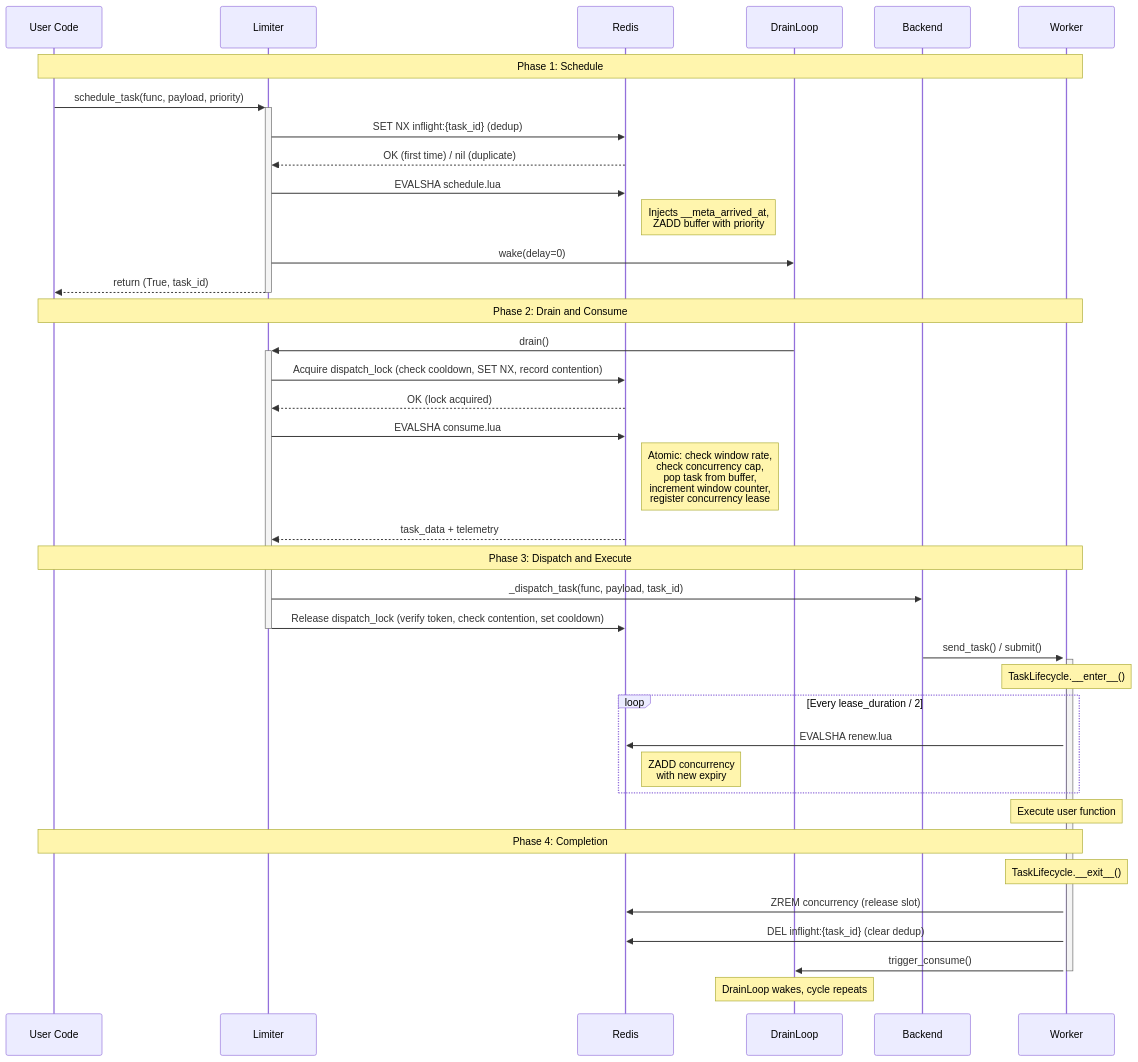
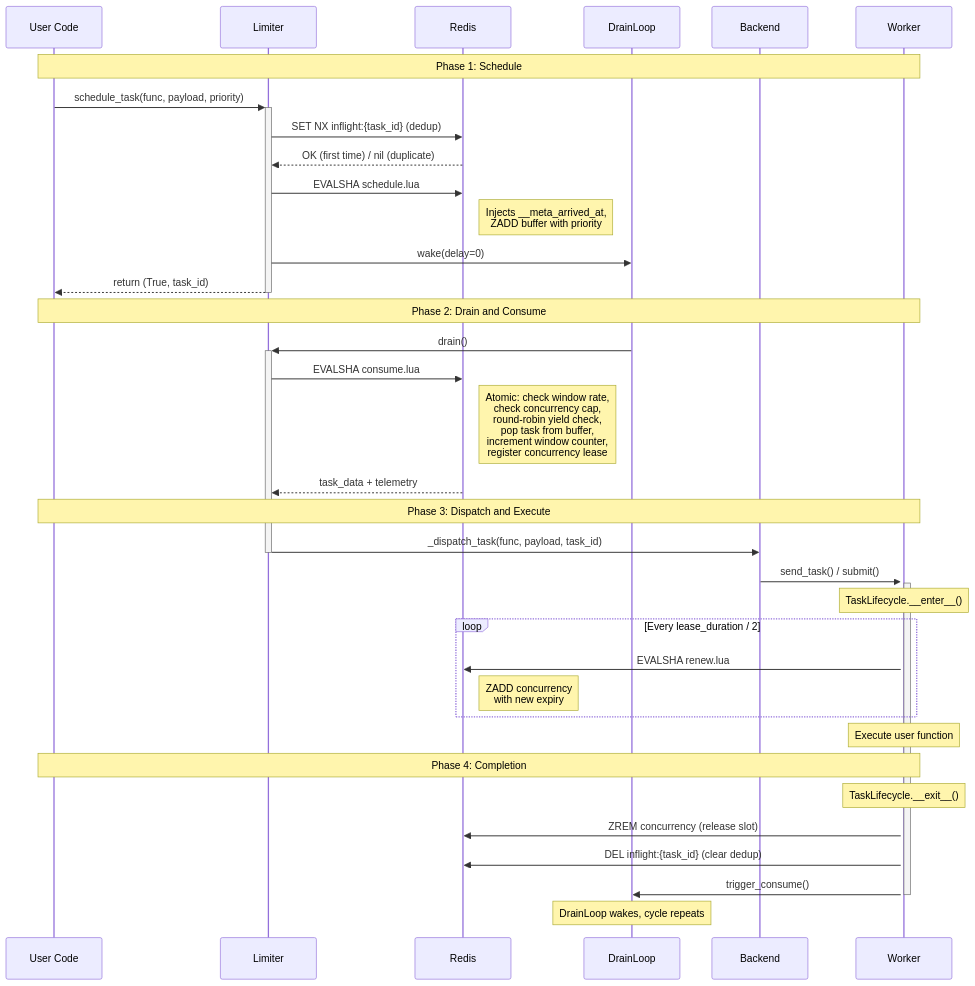
Before and after one commit to melroy999/redis-rate-limiter: the first of 2 diagrams in docs/architecture/task-lifecycle.md, drawn with Mermaid. The commit also changed other lines of this file and 34 other files, not shown here.

Commit message:
[/performance-testing] Removed the execution lock and added a round-robin fairness approach.

````diff
--- a/docs/architecture/task-lifecycle.md
+++ b/docs/architecture/task-lifecycle.md
@@ -13,60 +13,57 @@
 ```mermaid
 %%{init: {"theme": "default", "themeVariables": {"lineColor": "#6e7781"}}}%%
 sequenceDiagram
     participant U as User Code
     participant L as Limiter
     participant R as Redis
     participant D as DrainLoop
     participant B as Backend
     participant W as Worker
 
     note over U,W: Phase 1: Schedule
 
     U->>+L: schedule_task(func, payload, priority)
     L->>R: SET NX inflight:{task_id} (dedup)
     R-->>L: OK (first time) / nil (duplicate)
 
     L->>R: EVALSHA schedule.lua
     note right of R: Injects __meta_arrived_at,<br>ZADD buffer with priority
 
     L->>D: wake(delay=0)
     L-->>-U: return (True, task_id)
 
     note over U,W: Phase 2: Drain and Consume
 
     D->>+L: drain()
-    L->>R: Acquire dispatch_lock (check cooldown, SET NX, record contention)
-    R-->>L: OK (lock acquired)
 
     L->>R: EVALSHA consume.lua
-    note right of R: Atomic: check window rate,<br>check concurrency cap,<br>pop task from buffer,<br>increment window counter,<br>register concurrency lease
+    note right of R: Atomic: check window rate,<br>check concurrency cap,<br>round-robin yield check,<br>pop task from buffer,<br>increment window counter,<br>register concurrency lease
 
     R-->>L: task_data + telemetry
 
     note over U,W: Phase 3: Dispatch and Execute
 
     L->>B: _dispatch_task(func, payload, task_id)
-    L->>R: Release dispatch_lock (verify token, check contention, set cooldown)
     deactivate L
 
     B->>+W: send_task() / submit()
     activate W
     note over W: TaskLifecycle.__enter__()
 
     loop Every lease_duration / 2
         W->>R: EVALSHA renew.lua
         note right of R: ZADD concurrency<br>with new expiry
     end
 
     note over W: Execute user function
 
     note over U,W: Phase 4: Completion
 
     note over W: TaskLifecycle.__exit__()
     W->>R: ZREM concurrency (release slot)
     W->>R: DEL inflight:{task_id} (clear dedup)
     W->>D: trigger_consume()
     deactivate W
 
     note over D: DrainLoop wakes, cycle repeats
 ```
````
